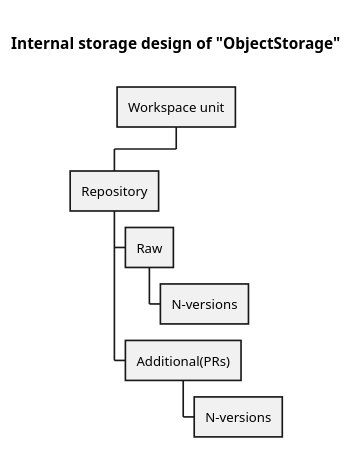
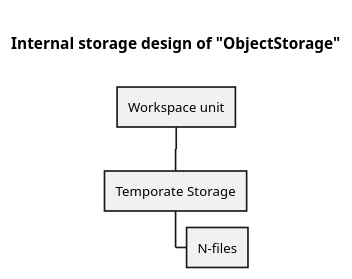
One commit to YarikRevich/ObjectStorage changed the diagram in docs/internal-storage-design.md. Above: the diagram before and after it, drawn with PlantUML. The commit also changed 11 other files, not shown here.

````diff
--- a/docs/internal-storage-design.md
+++ b/docs/internal-storage-design.md
@@ -1,16 +1,13 @@
 ```plantuml
 @startwbs
 title
 
 Internal storage design of "ObjectStorage"
 
 end title
 
 * Workspace unit
-** Repository
-*** Raw
-**** N-versions
-*** Additional(PRs)
-**** N-versions
+** Temporate Storage
+*** N-files
 @endwbs
 ```
````
